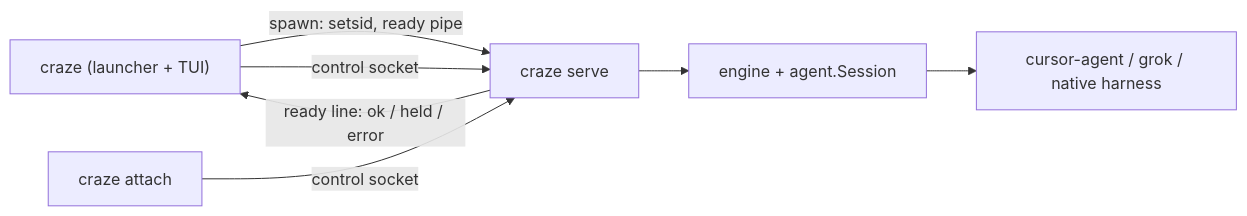
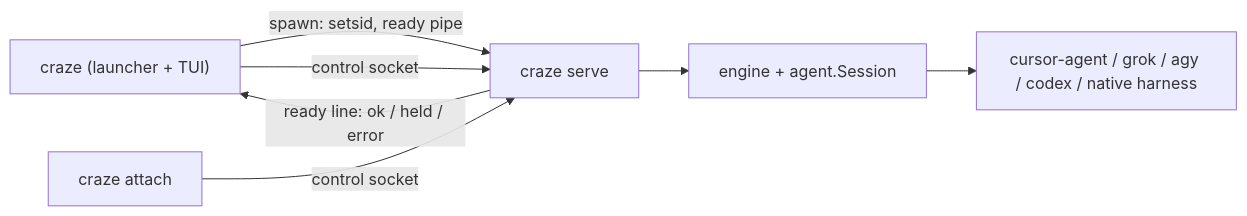
The second of 2 diagrams in docs/development/architecture.md (charliek/craze), drawn with Mermaid before and after one commit. The commit also changed other lines of this file and 130 other files, not shown here.

````diff
--- a/docs/development/architecture.md
+++ b/docs/development/architecture.md
@@ -111,9 +131,9 @@
 ```mermaid
 flowchart LR
   launcher["craze (launcher + TUI)"] -->|"spawn: setsid, ready pipe"| host["craze serve"]
   host -->|"ready line: ok / held / error"| launcher
   launcher -->|"control socket"| host
   attach["craze attach"] -->|"control socket"| host
   host --> engine["engine + agent.Session"]
-  engine --> agentproc["cursor-agent / grok / native harness"]
+  engine --> agentproc["cursor-agent / grok / agy / codex / native harness"]
 ```
````
